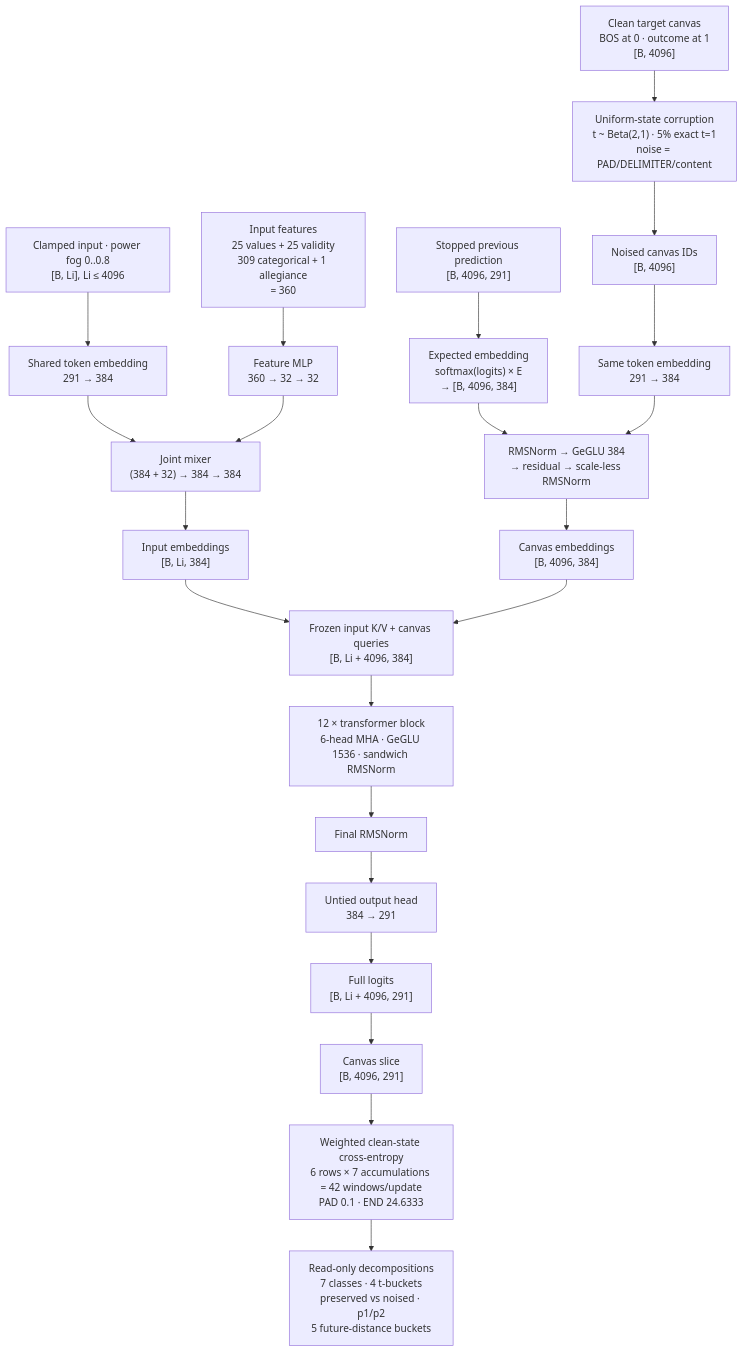
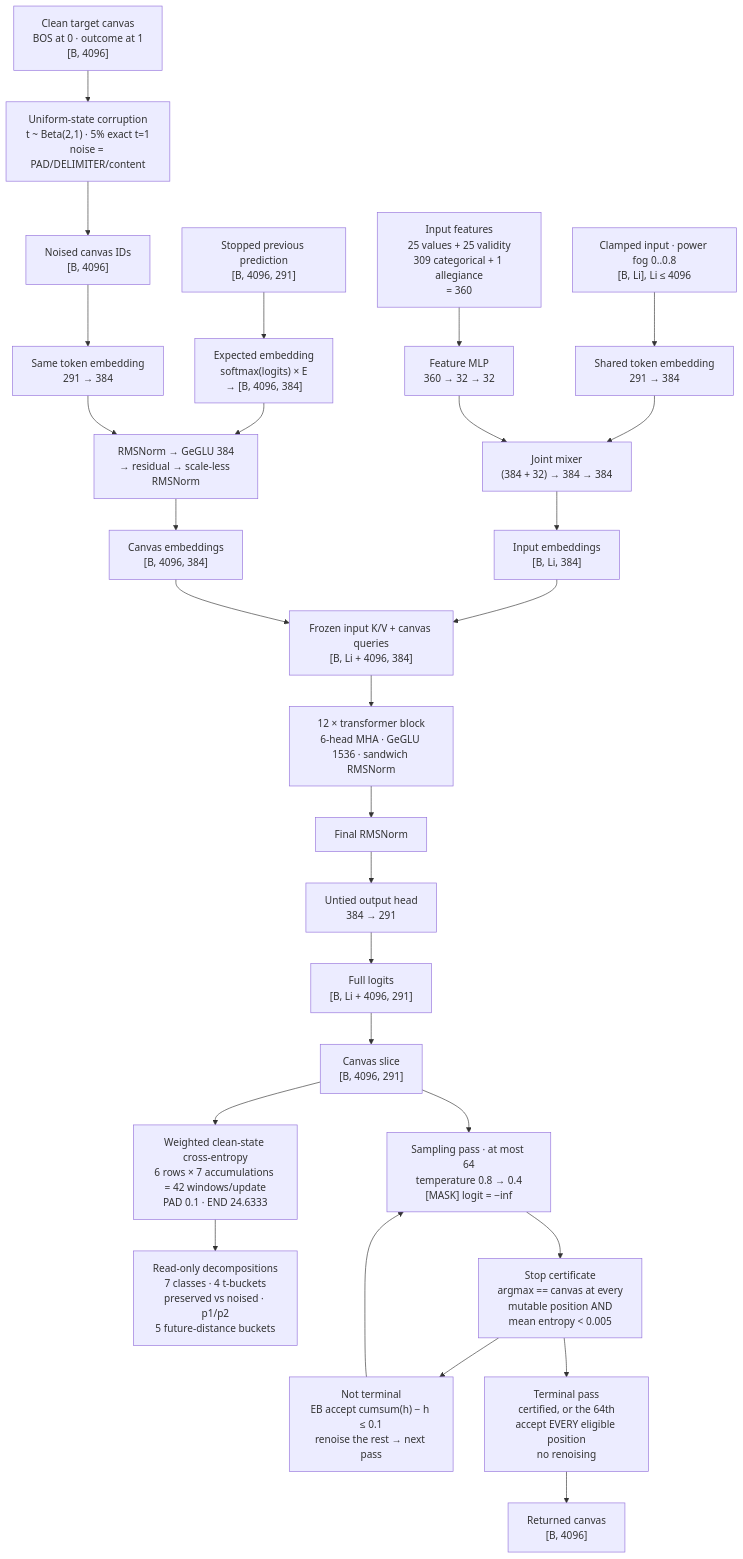
One commit to mataeo-eh/Thesis_ML changed the diagram in Model_Architecture/MODEL_ARCHITECTURE_DIAGRAM.mmd. Above: the diagram before and after it, drawn with Mermaid. The commit also changed 21 other files, not shown here.

```diff
--- a/Model_Architecture/MODEL_ARCHITECTURE_DIAGRAM.mmd
+++ b/Model_Architecture/MODEL_ARCHITECTURE_DIAGRAM.mmd
@@ -1,27 +1,38 @@
 flowchart TD
     %% Training schedule: WSD = 500-step warmup, stable middle, final 20% decay.
     A["Clamped input · power fog 0..0.8<br/>[B, Li], Li ≤ 4096"] --> E["Shared token embedding<br/>291 → 384"]
     AF["Input features<br/>25 values + 25 validity<br/>309 categorical + 1 allegiance<br/>= 360"] --> FM["Feature MLP<br/>360 → 32 → 32"]
     E --> JM["Joint mixer<br/>(384 + 32) → 384 → 384"]
     FM --> JM
     JM --> IE["Input embeddings<br/>[B, Li, 384]"]
 
     T["Clean target canvas<br/>BOS at 0 · outcome at 1<br/>[B, 4096]"] --> C["Uniform-state corruption<br/>t ~ Beta(2,1) · 5% exact t=1<br/>noise = PAD/DELIMITER/content"]
     C --> NE["Noised canvas IDs<br/>[B, 4096]"]
     NE --> E2["Same token embedding<br/>291 → 384"]
 
     FP["Stopped previous prediction<br/>[B, 4096, 291]"] --> EX["Expected embedding<br/>softmax(logits) × E<br/>→ [B, 4096, 384]"]
     EX --> SC["RMSNorm → GeGLU 384<br/>→ residual → scale-less RMSNorm"]
     E2 --> SC
     SC --> CE["Canvas embeddings<br/>[B, 4096, 384]"]
 
     IE --> CAT["Frozen input K/V + canvas queries<br/>[B, Li + 4096, 384]"]
     CE --> CAT
 
     CAT --> TR["12 × transformer block<br/>6-head MHA · GeGLU 1536 · sandwich RMSNorm"]
     TR --> FN["Final RMSNorm"]
     FN --> OH["Untied output head<br/>384 → 291"]
     OH --> FULL["Full logits<br/>[B, Li + 4096, 291]"]
     FULL --> SLICE["Canvas slice<br/>[B, 4096, 291]"]
     SLICE --> LOSS["Weighted clean-state cross-entropy<br/>6 rows × 7 accumulations = 42 windows/update<br/>PAD 0.1 · END 24.6333"]
     LOSS --> DEC["Read-only decompositions<br/>7 classes · 4 t-buckets<br/>preserved vs noised · p1/p2<br/>5 future-distance buckets"]
+
+    %% Inference: nonmonotonic uniform entropy-bounded sampling, at most 64 passes.
+    %% A pass is TERMINAL when the certificate fires or the ceiling ends the row;
+    %% a terminal pass commits every eligible position and renoises nothing, so
+    %% the returned canvas is exactly the state the stop decision validated.
+    SLICE --> SAMP["Sampling pass · at most 64<br/>temperature 0.8 → 0.4<br/>[MASK] logit = −inf"]
+    SAMP --> FIX["Stop certificate<br/>argmax == canvas at every<br/>mutable position AND<br/>mean entropy &lt; 0.005"]
+    FIX --> EBA["Not terminal<br/>EB accept cumsum(h) − h ≤ 0.1<br/>renoise the rest → next pass"]
+    EBA --> SAMP
+    FIX --> TERM["Terminal pass<br/>certified, or the 64th<br/>accept EVERY eligible position<br/>no renoising"]
+    TERM --> RET["Returned canvas<br/>[B, 4096]"]
```
